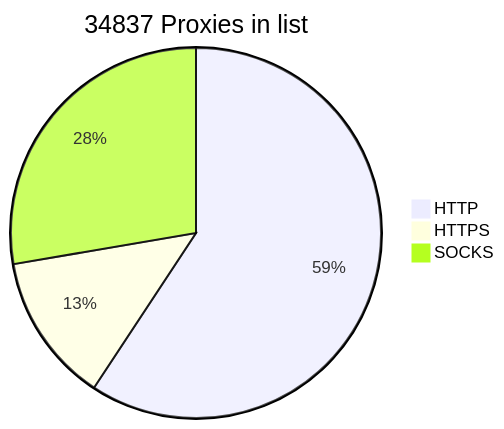
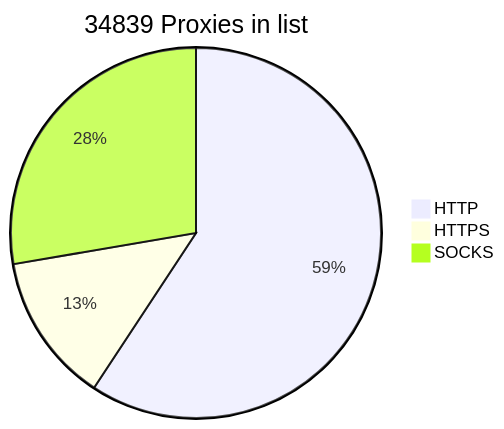
The diagram in README.md (BlackSnowDot/proxylist-update-every-minute), drawn with Mermaid before and after one commit.

````diff
--- a/README.md
+++ b/README.md
@@ -2,6 +2,6 @@
 ```mermaid
-pie title 34837 Proxies in list
+pie title 34839 Proxies in list
     "HTTP" : 22902
-    "HTTPS": 5037
-    "SOCKS" : 10699
+    "HTTPS": 5039
+    "SOCKS" : 10700
 ```
````
